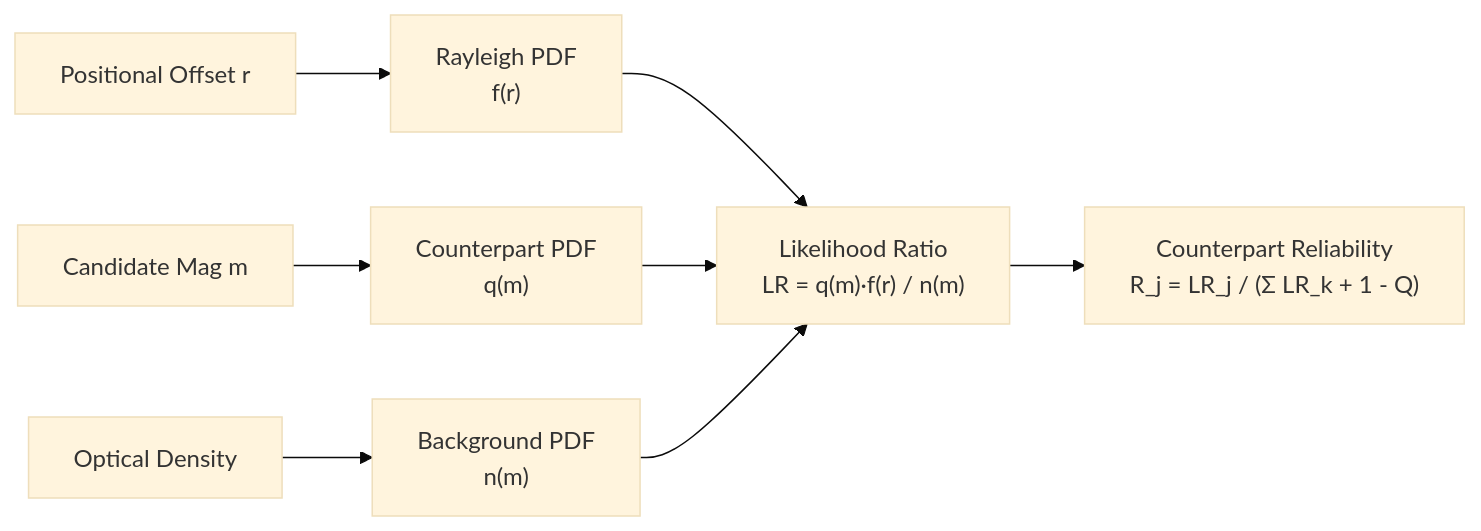
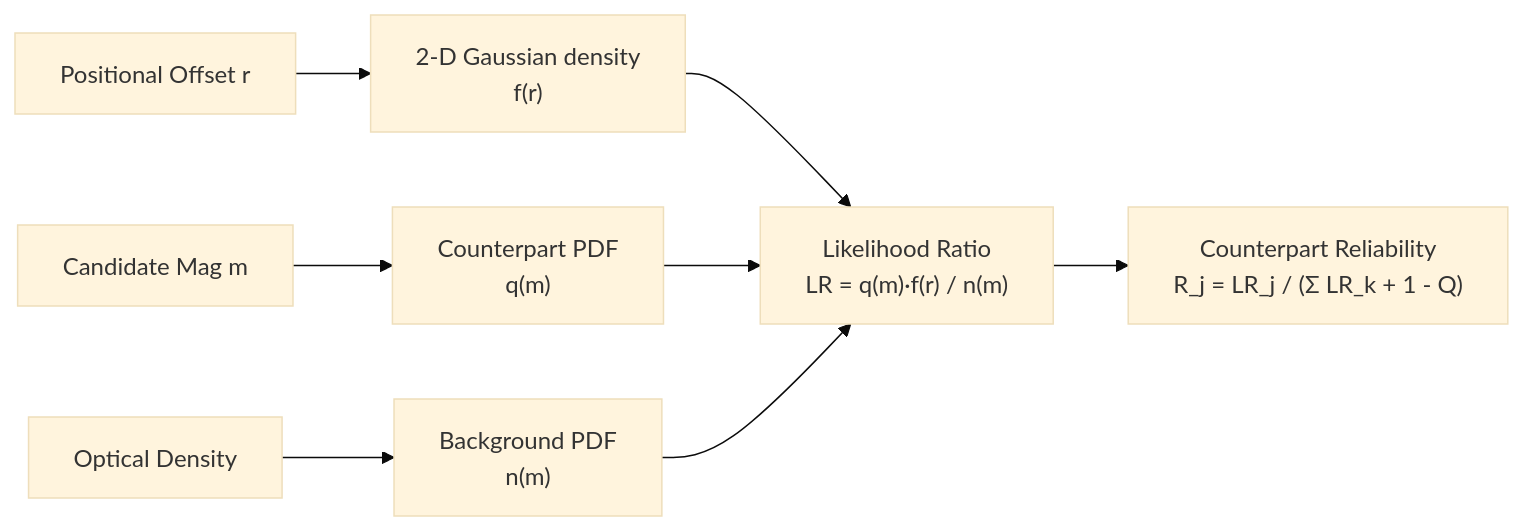
The third of 6 diagrams in docs/algorithms.md (astroai/xmatcher), drawn with Mermaid (base theme) before and after one commit. The commit also changed other lines of this file and 2 other files, not shown here.

First line of the commit message:
docs: match the LR density, skyerr ranking and FoF aggregation to the code

````diff
--- a/docs/algorithms.md
+++ b/docs/algorithms.md
@@ -342,10 +344,10 @@
 ```mermaid
 flowchart LR
-    A["Positional Offset r"] --> B["Rayleigh PDF<br/>f(r)"]
+    A["Positional Offset r"] --> B["2-D Gaussian density<br/>f(r)"]
     C["Candidate Mag m"] --> D["Counterpart PDF<br/>q(m)"]
     E["Optical Density"] --> F["Background PDF<br/>n(m)"]
     B --> G["Likelihood Ratio<br/>LR = q(m)·f(r) / n(m)"]
     D --> G
     F --> G
     G --> H["Counterpart Reliability<br/>R_j = LR_j / (&Sigma; LR_k + 1 - Q)"]
 ```
````
